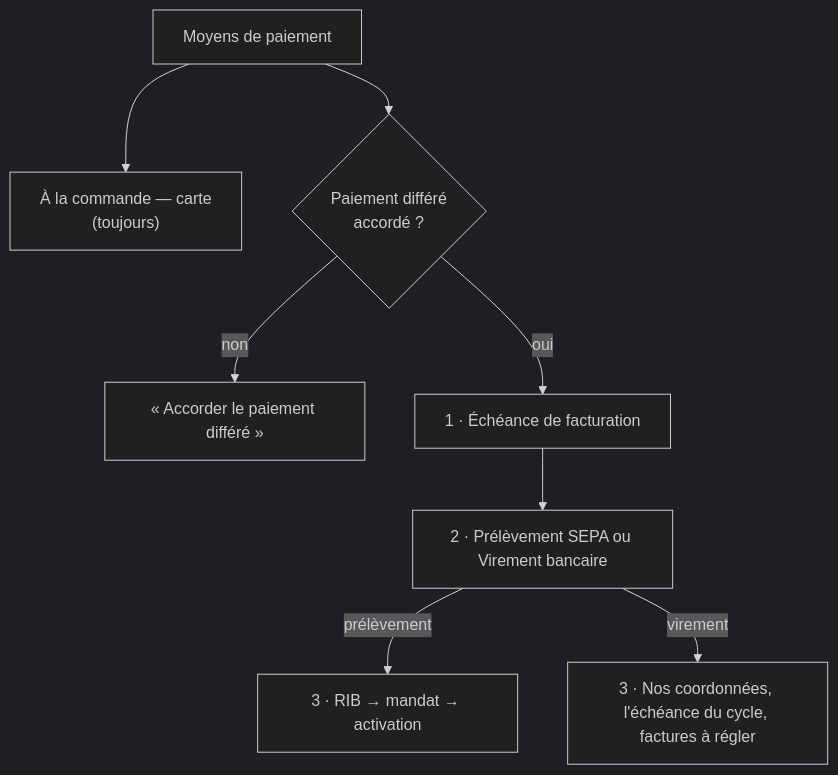
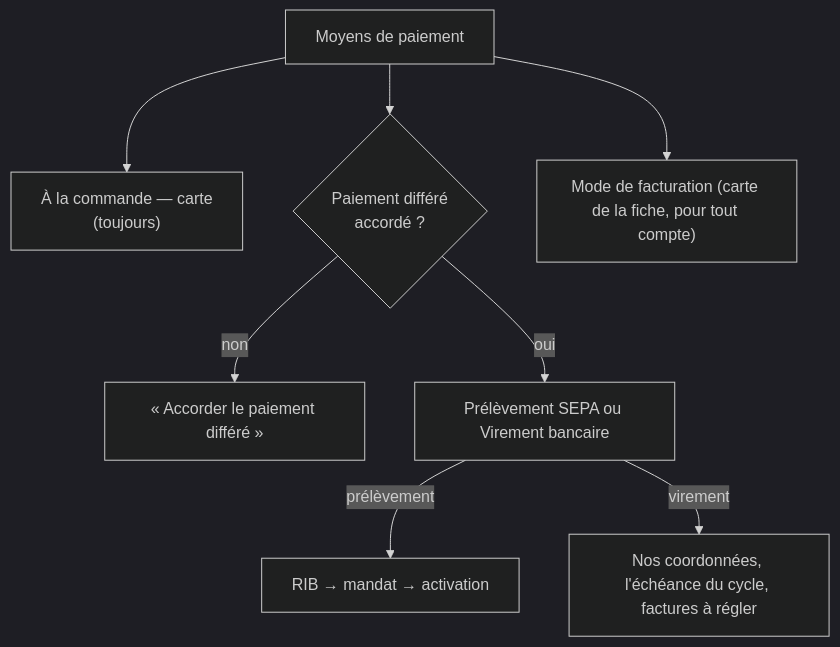
The diagram in documentation/comptabilite/plan-paiement-au-compte-par-virement.md (hugoheynard/lfd), drawn with Mermaid (dark theme) before and after one commit. The commit also changed other lines of this file, not shown here.

First line of the commit message:
docs(comptabilite): le plan du virement relu trois fois, T0 tranché

````diff
--- a/documentation/comptabilite/plan-paiement-au-compte-par-virement.md
+++ b/documentation/comptabilite/plan-paiement-au-compte-par-virement.md
@@ -80,10 +85,10 @@
 ```mermaid
 flowchart TD
   A["Moyens de paiement"] --> B["À la commande — carte<br/>(toujours)"]
   A --> C{"Paiement différé<br/>accordé ?"}
   C -->|non| D["« Accorder le paiement différé »"]
-  C -->|oui| E["1 · Échéance de facturation"]
-  E --> F["2 · Prélèvement SEPA ou Virement bancaire"]
-  F -->|prélèvement| G["3 · RIB → mandat → activation"]
-  F -->|virement| H["3 · Nos coordonnées, l'échéance du cycle, factures à régler"]
+  C -->|oui| F["Prélèvement SEPA ou Virement bancaire"]
+  F -->|prélèvement| G["RIB → mandat → activation"]
+  F -->|virement| H["Nos coordonnées, l'échéance du cycle, factures à régler"]
+  A --> M["Mode de facturation (carte de la fiche, pour tout compte)"]
 ```
````
